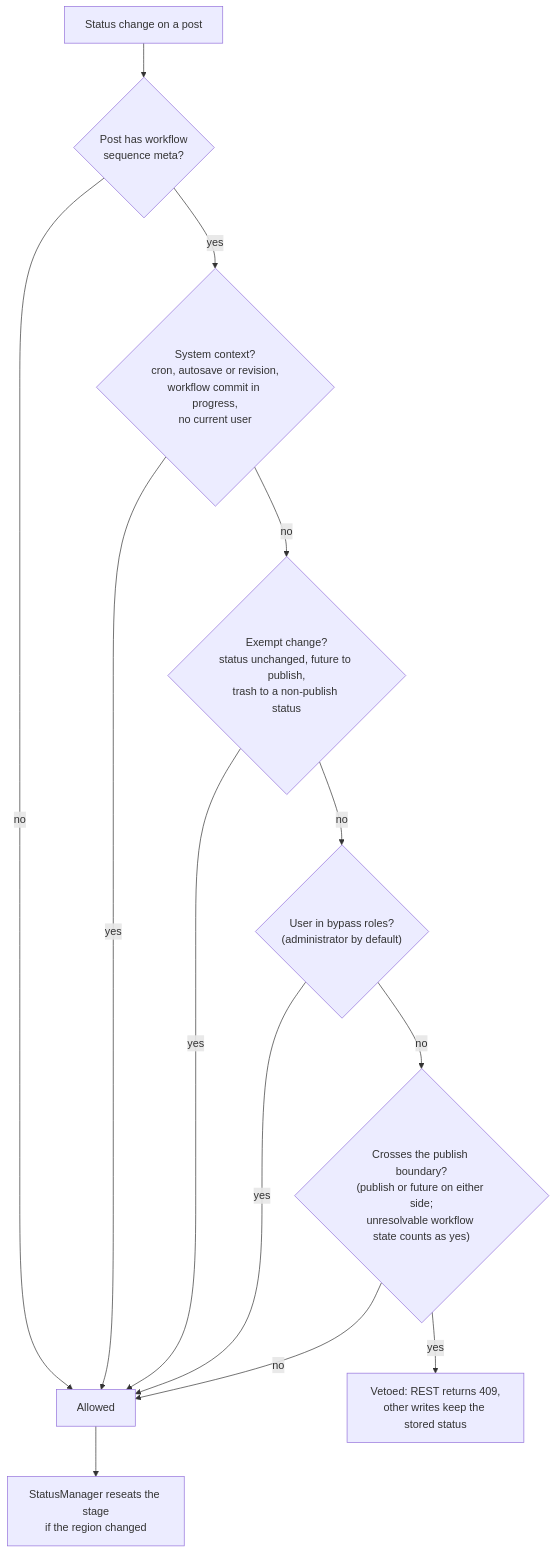
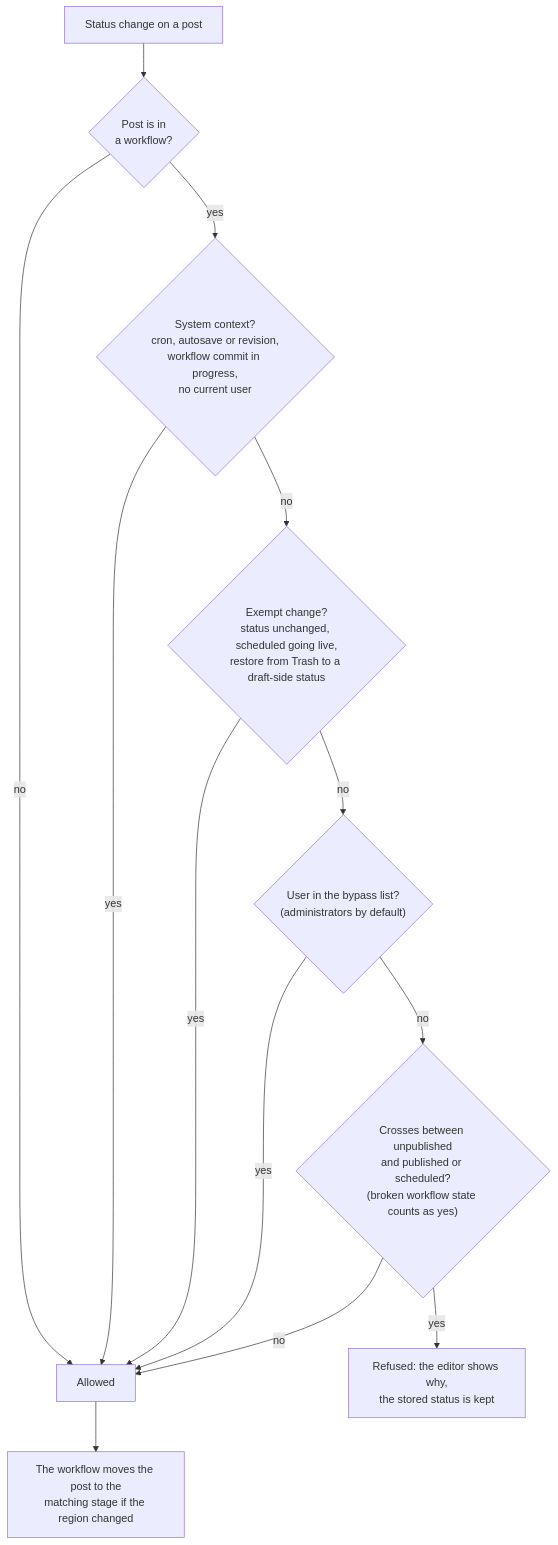
One commit to Automattic/vip-workflows changed the third of 6 diagrams in docs/SPEC.md. Above: the diagram before and after it, drawn with Mermaid. The commit also changed other lines of this file, not shown here.

````diff
--- a/docs/SPEC.md
+++ b/docs/SPEC.md
@@ -489,15 +777,15 @@
 ```mermaid
 flowchart TD
-  A["Status change on a post"] --> B{"Post has workflow<br/>sequence meta?"}
+  A["Status change on a post"] --> B{"Post is in<br/>a workflow?"}
   B -->|no| OK["Allowed"]
   B -->|yes| C{"System context?<br/>cron, autosave or revision,<br/>workflow commit in progress,<br/>no current user"}
   C -->|yes| OK
-  C -->|no| D{"Exempt change?<br/>status unchanged, future to publish,<br/>trash to a non-publish status"}
+  C -->|no| D{"Exempt change?<br/>status unchanged, scheduled going live,<br/>restore from Trash to a draft-side status"}
   D -->|yes| OK
-  D -->|no| E{"User in bypass roles?<br/>(administrator by default)"}
+  D -->|no| E{"User in the bypass list?<br/>(administrators by default)"}
   E -->|yes| OK
-  E -->|no| F{"Crosses the publish boundary?<br/>(publish or future on either side;<br/>unresolvable workflow state counts as yes)"}
+  E -->|no| F{"Crosses between unpublished<br/>and published or scheduled?<br/>(broken workflow state counts as yes)"}
   F -->|no| OK
-  F -->|yes| V["Vetoed: REST returns 409,<br/>other writes keep the stored status"]
-  OK --> RS["StatusManager reseats the stage<br/>if the region changed"]
+  F -->|yes| V["Refused: the editor shows why,<br/>the stored status is kept"]
+  OK --> RS["The workflow moves the post to the<br/>matching stage if the region changed"]
 ```
````
